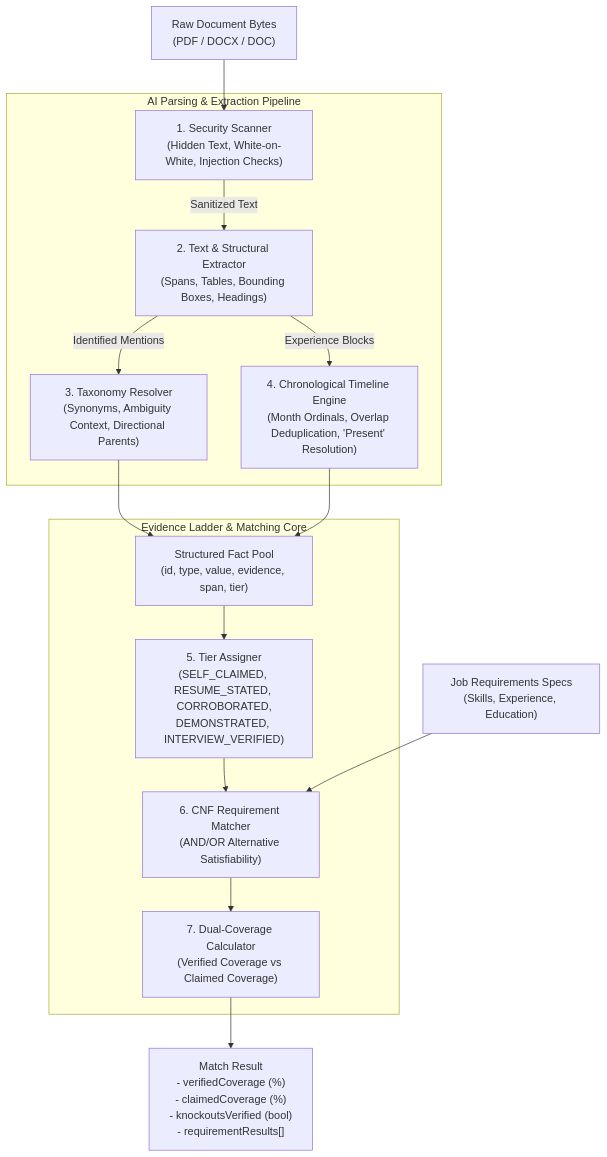
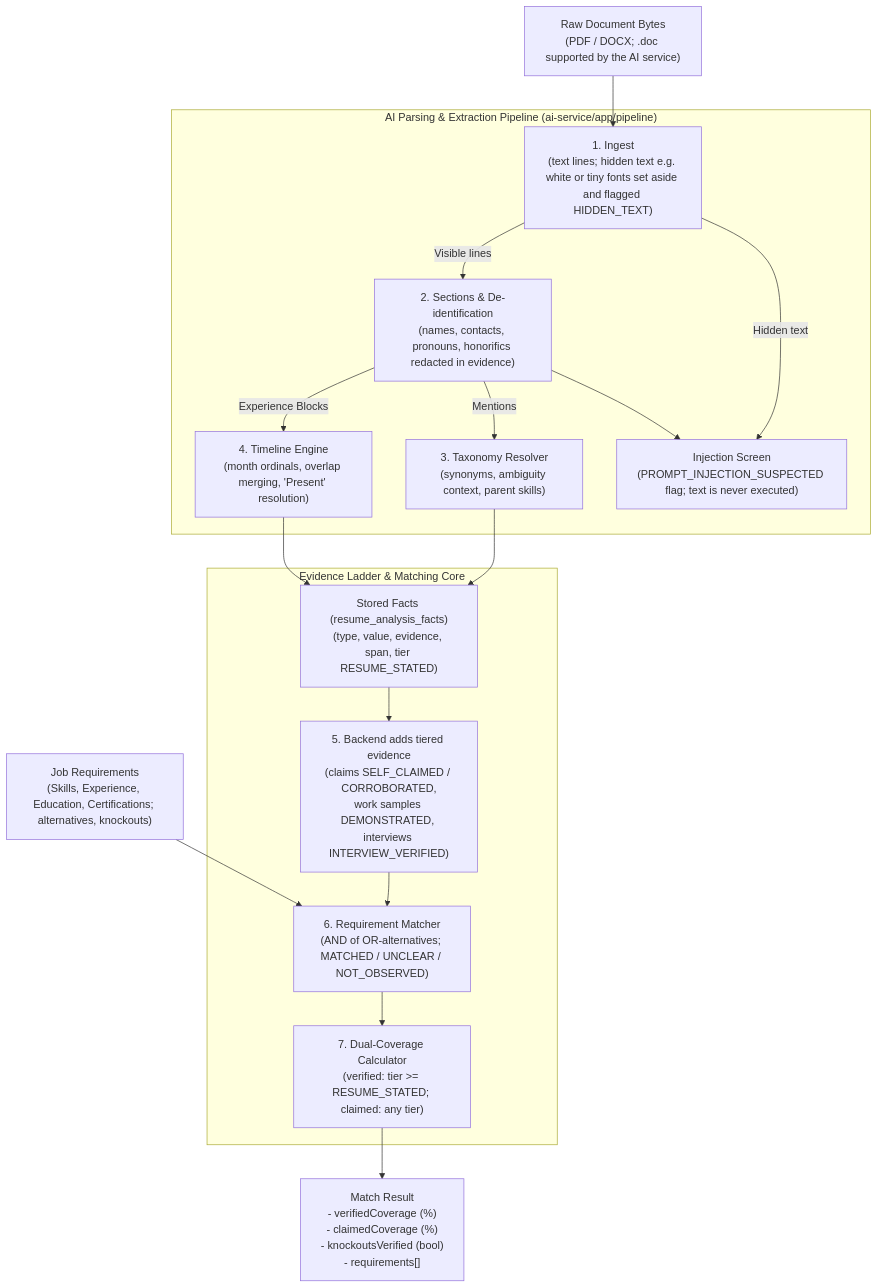
One commit to Krishna-Goel2002/RecruitPro changed the fourth of 12 diagrams in docs/audit/FULL_SUBMISSION_REPORT.md. Above: the diagram before and after it, drawn with Mermaid. The commit also changed other lines of this file and 7 other files, not shown here.

````diff
--- a/docs/audit/FULL_SUBMISSION_REPORT.md
+++ b/docs/audit/FULL_SUBMISSION_REPORT.md
@@ -212,33 +222,36 @@
 ```mermaid
 flowchart TD
-    ResumeRaw["Raw Document Bytes\n(PDF / DOCX / DOC)"]
-    JobReqs["Job Requirements Specs\n(Skills, Experience, Education)"]
+    ResumeRaw["Raw Document Bytes<br/>(PDF / DOCX; .doc supported by the AI service)"]
+    JobReqs["Job Requirements<br/>(Skills, Experience, Education, Certifications; alternatives, knockouts)"]
 
-    subgraph ParsingSubsystem["AI Parsing & Extraction Pipeline"]
-        Filter["1. Security Scanner\n(Hidden Text, White-on-White, Injection Checks)"]
-        Extract["2. Text & Structural Extractor\n(Spans, Tables, Bounding Boxes, Headings)"]
-        TaxLookup["3. Taxonomy Resolver\n(Synonyms, Ambiguity Context, Directional Parents)"]
-        TimelineCalc["4. Chronological Timeline Engine\n(Month Ordinals, Overlap Deduplication, 'Present' Resolution)"]
+    subgraph ParsingSubsystem["AI Parsing & Extraction Pipeline (ai-service/app/pipeline)"]
+        Ingest["1. Ingest<br/>(text lines; hidden text e.g. white or tiny fonts set aside and flagged HIDDEN_TEXT)"]
+        Sections["2. Sections & De-identification<br/>(names, contacts, pronouns, honorifics redacted in evidence)"]
+        TaxLookup["3. Taxonomy Resolver<br/>(synonyms, ambiguity context, parent skills)"]
+        TimelineCalc["4. Timeline Engine<br/>(month ordinals, overlap merging, 'Present' resolution)"]
+        Screen["Injection Screen<br/>(PROMPT_INJECTION_SUSPECTED flag; text is never executed)"]
     end
 
     subgraph EvidenceSubsystem["Evidence Ladder & Matching Core"]
-        FactStore["Structured Fact Pool\n(id, type, value, evidence, span, tier)"]
-        TierClassifier["5. Tier Assigner\n(SELF_CLAIMED, RESUME_STATED, CORROBORATED,\nDEMONSTRATED, INTERVIEW_VERIFIED)"]
-        CNFMatcher["6. CNF Requirement Matcher\n(AND/OR Alternative Satisfiability)"]
-        CoverageCalc["7. Dual-Coverage Calculator\n(Verified Coverage vs Claimed Coverage)"]
+        FactStore["Stored Facts (resume_analysis_facts)<br/>(type, value, evidence, span, tier RESUME_STATED)"]
+        TierAttach["5. Backend adds tiered evidence<br/>(claims SELF_CLAIMED / CORROBORATED,<br/>work samples DEMONSTRATED, interviews INTERVIEW_VERIFIED)"]
+        CNFMatcher["6. Requirement Matcher<br/>(AND of OR-alternatives; MATCHED / UNCLEAR / NOT_OBSERVED)"]
+        CoverageCalc["7. Dual-Coverage Calculator<br/>(verified: tier >= RESUME_STATED; claimed: any tier)"]
     end
 
-    Out["Match Result\n- verifiedCoverage (%)\n- claimedCoverage (%)\n- knockoutsVerified (bool)\n- requirementResults[]"]
+    Out["Match Result<br/>- verifiedCoverage (%)<br/>- claimedCoverage (%)<br/>- knockoutsVerified (bool)<br/>- requirements[]"]
 
-    ResumeRaw --> Filter
-    Filter -->|Sanitized Text| Extract
-    Extract -->|Identified Mentions| TaxLookup
-    Extract -->|Experience Blocks| TimelineCalc
+    ResumeRaw --> Ingest
+    Ingest -->|"Visible lines"| Sections
+    Ingest -->|"Hidden text"| Screen
+    Sections --> Screen
+    Sections -->|"Mentions"| TaxLookup
+    Sections -->|"Experience Blocks"| TimelineCalc
     TaxLookup --> FactStore
     TimelineCalc --> FactStore
-    FactStore --> TierClassifier
-    TierClassifier --> CNFMatcher
+    FactStore --> TierAttach
+    TierAttach --> CNFMatcher
     JobReqs --> CNFMatcher
     CNFMatcher --> CoverageCalc
     CoverageCalc --> Out
 ```
````
